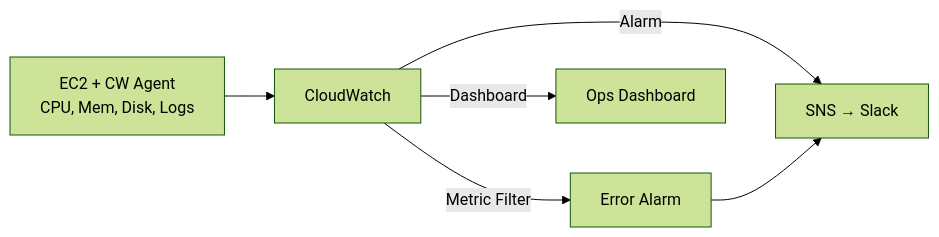
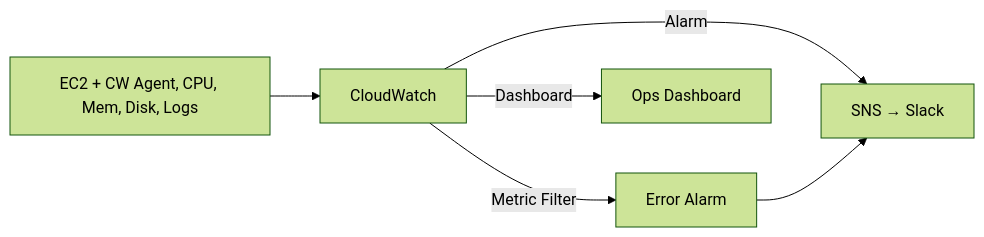
Before and after one commit to DeeptiShuklaProject/Uday_AWS: the second of 2 diagrams in Chapter_05_Amazon_CloudWatch.md, drawn with Mermaid (forest theme). The commit also changed other lines of this file and 34 other files, not shown here.

Commit message:
Fix mermaid diagrams syntax across all chapters (quote labels and remove HTML)

````diff
--- a/Chapter_05_Amazon_CloudWatch.md
+++ b/Chapter_05_Amazon_CloudWatch.md
@@ -522,8 +522,8 @@
 ```mermaid
 flowchart LR
-    EC2[EC2 + CW Agent<br>CPU, Mem, Disk, Logs] --> CW[CloudWatch]
+    EC2["EC2 + CW Agent, CPU, Mem, Disk, Logs"] --> CW[CloudWatch]
     CW -->|Alarm| SNS[SNS → Slack]
     CW -->|Metric Filter| Alarm2[Error Alarm]
     Alarm2 --> SNS
     CW -->|Dashboard| Dash[Ops Dashboard]
 ```
````
